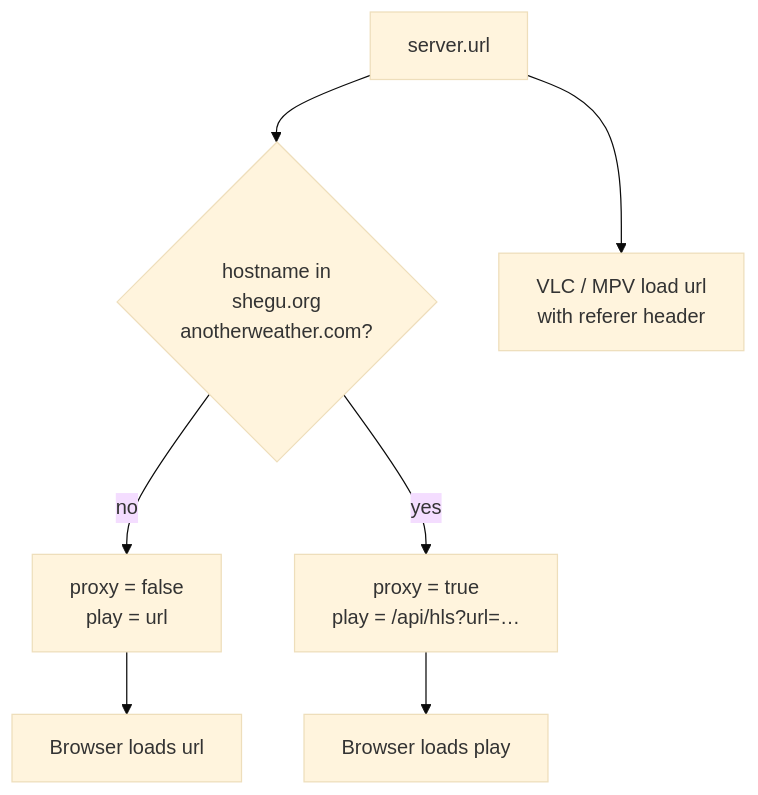
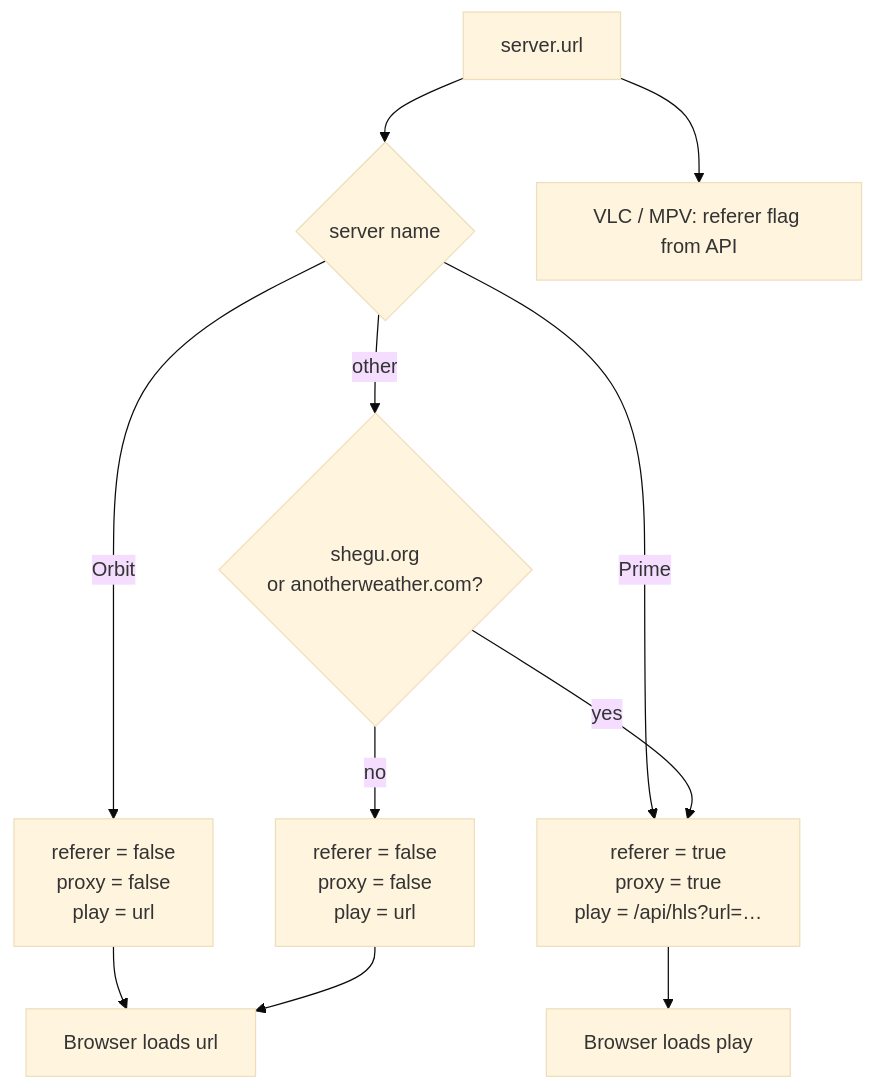
The third of 3 diagrams in README.md (sharoon7171/vidcore-io-stream-resolver), drawn with Mermaid (base theme) before and after one commit. The commit also changed other lines of this file and 16 other files, not shown here.

Commit message:
add hls.js package, sequential server probe UI, server-name Prime relay, vidcore VM chunk updates, and remove pool and vendored player

````diff
--- a/README.md
+++ b/README.md
@@ -80,9 +81,13 @@
 ```mermaid
 flowchart TD
-  U["server.url"] --> CHECK{"hostname in\nshegu.org\nanotherweather.com?"}
-  CHECK -->|no| DIRECT["proxy = false\nplay = url"]
-  CHECK -->|yes| PROXY["proxy = true\nplay = /api/hls?url=…"]
+  U["server.url"] --> NAME{"server name"}
+  NAME -->|Orbit| DIRECT["referer = false\nproxy = false\nplay = url"]
+  NAME -->|Prime| PROXY["referer = true\nproxy = true\nplay = /api/hls?url=…"]
+  NAME -->|other| CHECK{"shegu.org\nor anotherweather.com?"}
+  CHECK -->|yes| PROXY
+  CHECK -->|no| DIRECT2["referer = false\nproxy = false\nplay = url"]
   DIRECT --> B1["Browser loads url"]
+  DIRECT2 --> B1
   PROXY --> B2["Browser loads play"]
-  U --> EXT["VLC / MPV load url\nwith referer header"]
+  U --> EXT["VLC / MPV: referer flag from API"]
 ```
````
